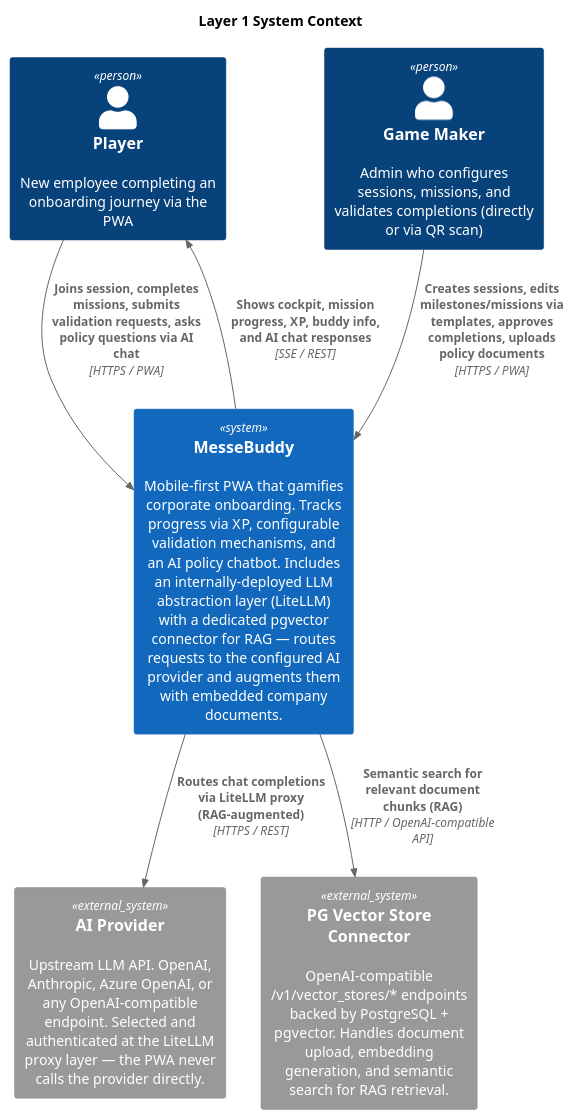
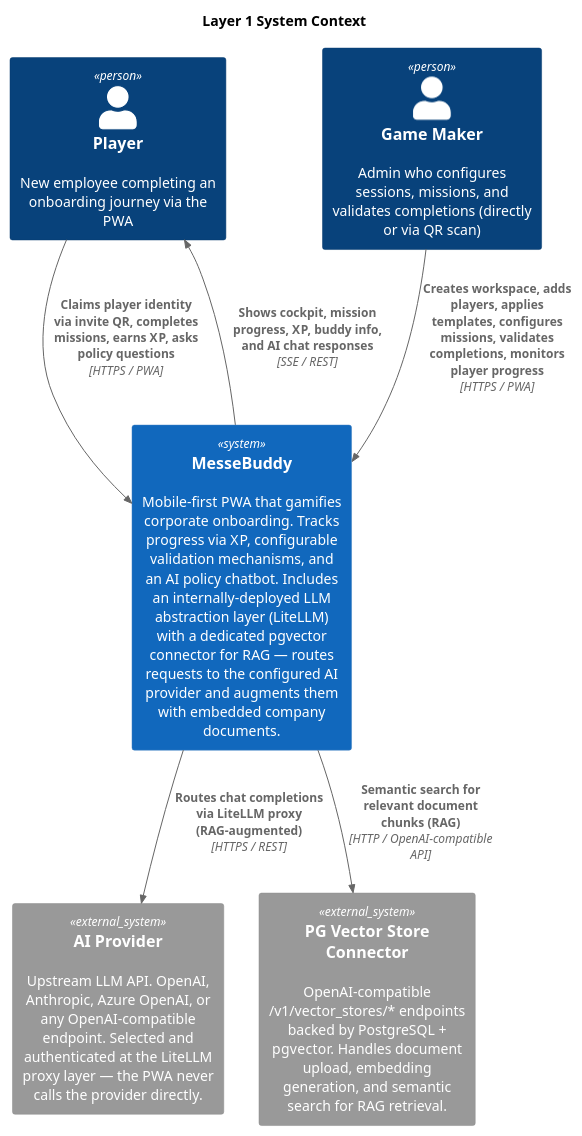
One commit to hoonsubin/messe-buddy-app changed the diagram in docs/c4context.puml. Above: the diagram before and after it, drawn with PlantUML. The commit also changed 175 other files, not shown here.

```diff
--- a/docs/c4context.puml
+++ b/docs/c4context.puml
@@ -1,20 +1,20 @@
 @startuml diagram_01_c4_context
 !include <C4/C4_Context>
 
 title Layer 1 System Context
 
 Person(player, "Player", "New employee completing an onboarding journey via the PWA")
 Person(gameMaker, "Game Maker", "Admin who configures sessions, missions, and validates completions (directly or via QR scan)")
 
 System(messeBuddy, "MesseBuddy", "Mobile-first PWA that gamifies corporate onboarding. Tracks progress via XP, configurable validation mechanisms, and an AI policy chatbot. Includes an internally-deployed LLM abstraction layer (LiteLLM) with a dedicated pgvector connector for RAG — routes requests to the configured AI provider and augments them with embedded company documents.")
 
 System_Ext(aiProvider, "AI Provider", "Upstream LLM API. OpenAI, Anthropic, Azure OpenAI, or any OpenAI-compatible endpoint. Selected and authenticated at the LiteLLM proxy layer — the PWA never calls the provider directly.")
 System_Ext(pgvectorConnector, "PG Vector Store Connector", "OpenAI-compatible /v1/vector_stores/* endpoints backed by PostgreSQL + pgvector. Handles document upload, embedding generation, and semantic search for RAG retrieval.")
 
-Rel(player, messeBuddy, "Joins session, completes missions, submits validation requests, asks policy questions via AI chat", "HTTPS / PWA")
-Rel(gameMaker, messeBuddy, "Creates sessions, edits milestones/missions via templates, approves completions, uploads policy documents", "HTTPS / PWA")
+Rel(player, messeBuddy, "Claims player identity via invite QR, completes missions, earns XP, asks policy questions", "HTTPS / PWA")
+Rel(gameMaker, messeBuddy, "Creates workspace, adds players, applies templates, configures missions, validates completions, monitors player progress", "HTTPS / PWA")
 Rel(messeBuddy, player, "Shows cockpit, mission progress, XP, buddy info, and AI chat responses", "SSE / REST")
 Rel(messeBuddy, aiProvider, "Routes chat completions via LiteLLM proxy (RAG-augmented)", "HTTPS / REST")
 Rel(messeBuddy, pgvectorConnector, "Semantic search for relevant document chunks (RAG)", "HTTP / OpenAI-compatible API")
 
 @enduml
```
